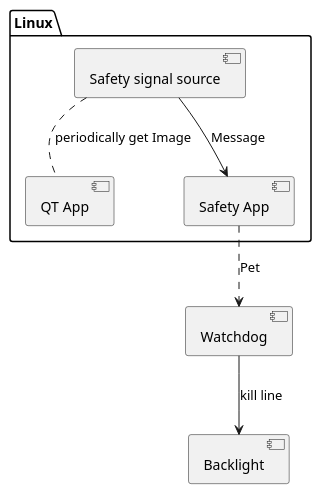
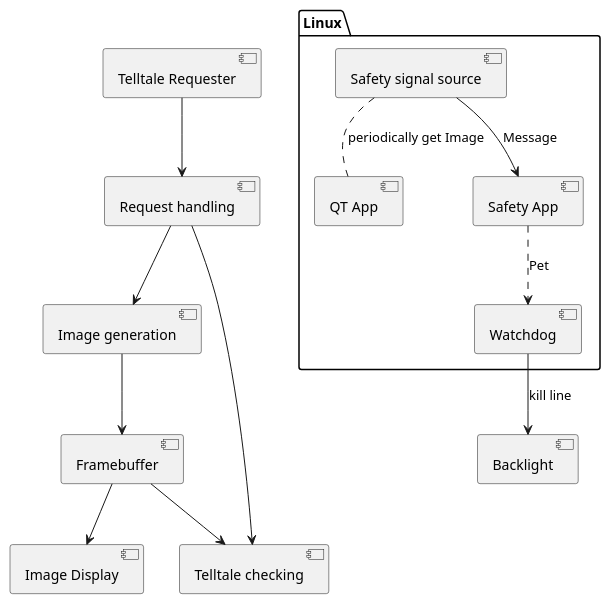
Before and after one commit to elisa-tech/wg-automotive: the diagram in AGL-cluster-demo-documentation/Arch_naiv.puml, drawn with PlantUML. The commit also changed other lines of this file and 9 other files, not shown here.

```diff
--- a/AGL-cluster-demo-documentation/Arch_naiv.puml
+++ b/AGL-cluster-demo-documentation/Arch_naiv.puml
@@ -1,9 +2,20 @@
 @startuml
-[Watchdog]
+[Telltale Requester]
+[Request handling]
+[Image generation]
+[Image Display]
+[Telltale checking]
+[Telltale Requester] --> [Request handling]
+[Request handling] --> [Image generation]
+[Request handling] --> [Telltale checking]
+[Framebuffer] --> [Image Display]
+[Image generation] --> [Framebuffer]
+[Framebuffer] --> [Telltale checking]
+
 package "Linux"{
 [Safety signal source] .. [QT App] : periodically get Image   
 [Safety signal source] --> [Safety App] : Message
 [Safety App] ..>[Watchdog] : Pet
 }
 [Watchdog] --> [Backlight] : kill line
 @enduml
```
